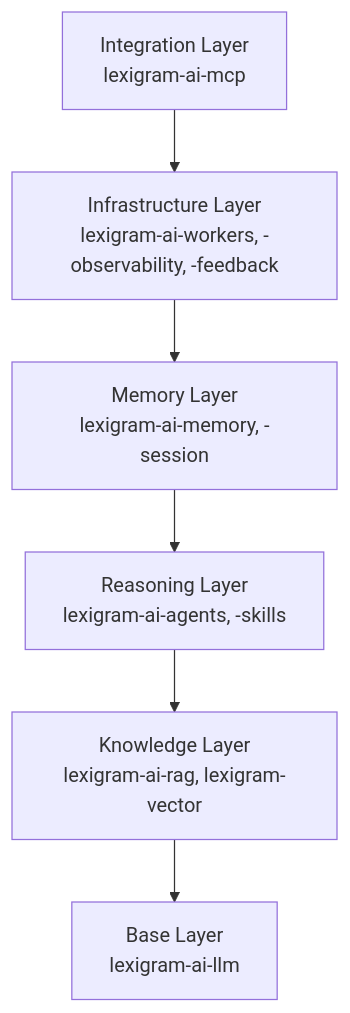
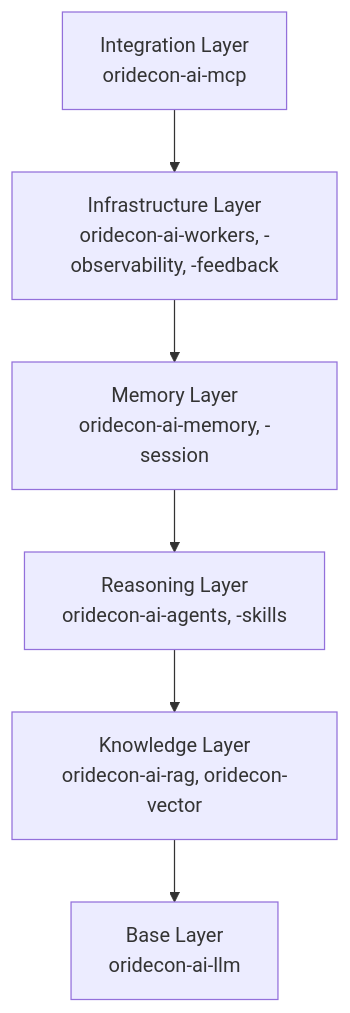
Before and after one commit to dbtinoy-/oridecon-dev: the diagram in docs/ecosystem/ai-architecture.md, drawn with Mermaid. The commit also changed other lines of this file and 9831 other files, not shown here.

First line of the commit message:
chore: rename lexigram → oridecon (full namespace rename)

````diff
--- a/docs/ecosystem/ai-architecture.md
+++ b/docs/ecosystem/ai-architecture.md
@@ -8,8 +8,8 @@
 ```mermaid
 graph TD
-    A["Integration Layer<br/>lexigram-ai-mcp"] --> B["Infrastructure Layer<br/>lexigram-ai-workers, -observability, -feedback"]
-    B --> C["Memory Layer<br/>lexigram-ai-memory, -session"]
-    C --> D["Reasoning Layer<br/>lexigram-ai-agents, -skills"]
-    D --> E["Knowledge Layer<br/>lexigram-ai-rag, lexigram-vector"]
-    E --> F["Base Layer<br/>lexigram-ai-llm"]
+    A["Integration Layer<br/>oridecon-ai-mcp"] --> B["Infrastructure Layer<br/>oridecon-ai-workers, -observability, -feedback"]
+    B --> C["Memory Layer<br/>oridecon-ai-memory, -session"]
+    C --> D["Reasoning Layer<br/>oridecon-ai-agents, -skills"]
+    D --> E["Knowledge Layer<br/>oridecon-ai-rag, oridecon-vector"]
+    E --> F["Base Layer<br/>oridecon-ai-llm"]
 ```
````
